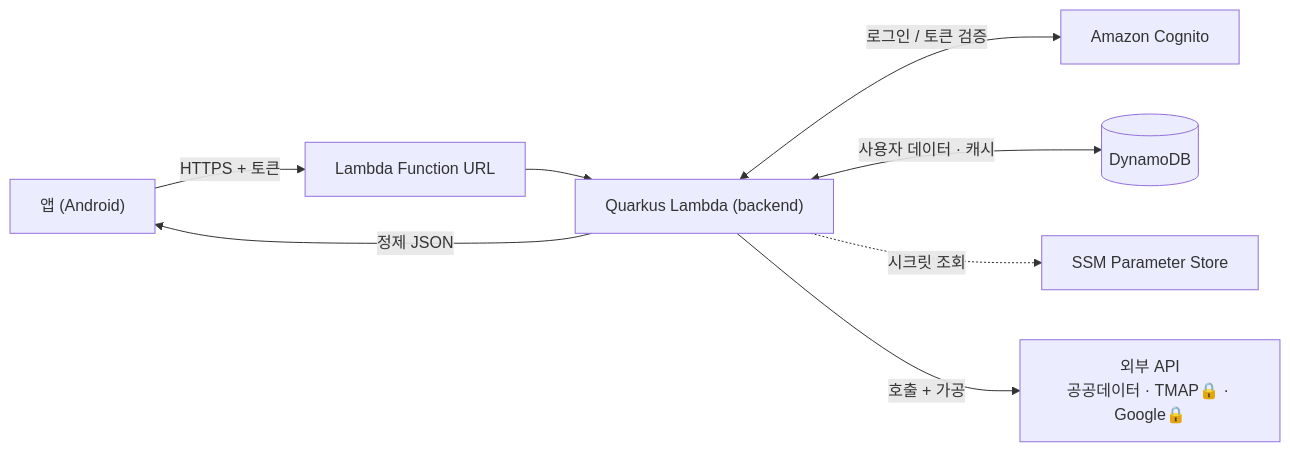
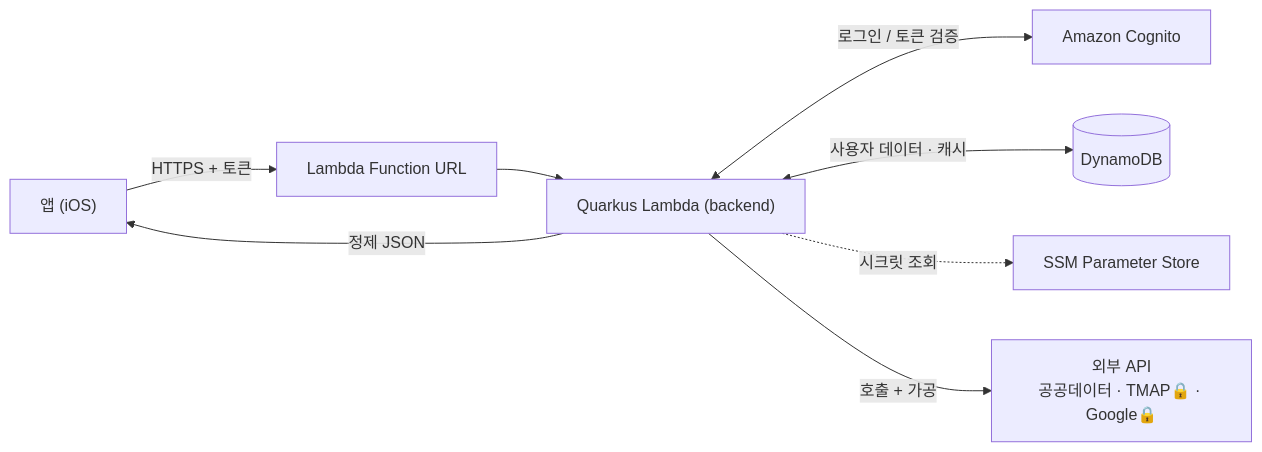
The first of 2 diagrams in README.md (squarekimbap/backend), drawn with Mermaid before and after one commit. The commit also changed 1 other file, not shown here.

Commit message:
docs: 클라이언트 앱 iOS 전용으로 정정 (+App Store 4.8 애플 로그인 요건 메모)

````diff
--- a/README.md
+++ b/README.md
@@ -30,10 +30,10 @@
 ```mermaid
 flowchart LR
-    App["앱 (Android)"] -->|HTTPS + 토큰| FU["Lambda Function URL"]
+    App["앱 (iOS)"] -->|HTTPS + 토큰| FU["Lambda Function URL"]
     FU --> L["Quarkus Lambda (backend)"]
     L <-->|로그인 / 토큰 검증| COG["Amazon Cognito"]
     L <-->|사용자 데이터 · 캐시| DDB[("DynamoDB")]
     L -.->|시크릿 조회| SSM["SSM Parameter Store"]
     L -->|호출 + 가공| EXT["외부 API<br/>공공데이터 · TMAP🔒 · Google🔒"]
     L -->|정제 JSON| App
 ```
````
